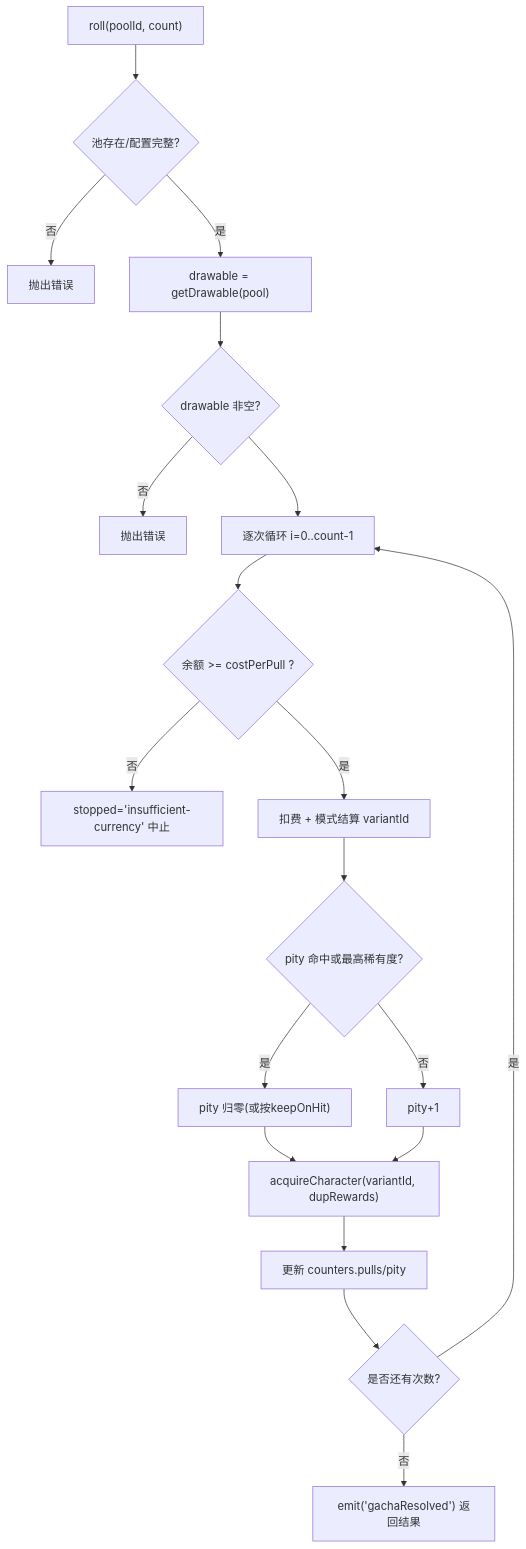
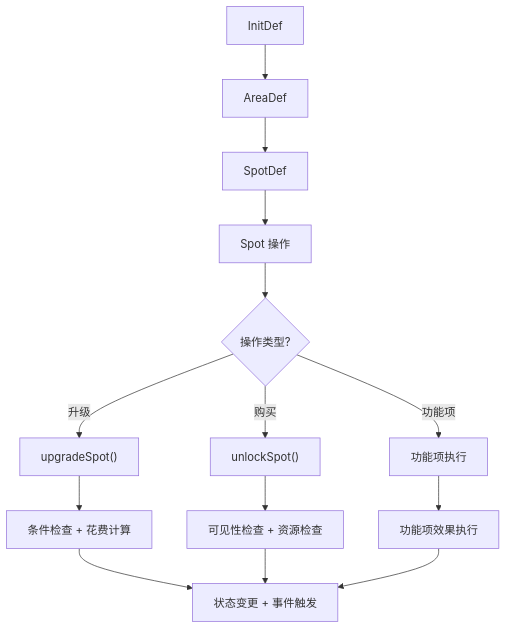
One commit to EsiLA9/Arona-Clicker changed the fifth of 6 diagrams in .qoder/repowiki/zh/content/游戏系统/游戏系统.md. Above: the diagram before and after it, drawn with Mermaid. The commit also changed other lines of this file and 45 other files, not shown here.

````diff
--- a/.qoder/repowiki/zh/content/游戏系统/游戏系统.md
+++ b/.qoder/repowiki/zh/content/游戏系统/游戏系统.md
@@ -261,21 +288,16 @@
 ```mermaid
 flowchart TD
-A["roll(poolId, count)"] --> B{"池存在/配置完整?"}
-B --> |否| E["抛出错误"]
-B --> |是| C["drawable = getDrawable(pool)"]
-C --> D{"drawable 非空?"}
-D --> |否| F["抛出错误"]
-D --> G["逐次循环 i=0..count-1"]
-G --> H{"余额 >= costPerPull ?"}
-H --> |否| I["stopped='insufficient-currency' 中止"]
-H --> |是| J["扣费 + 模式结算 variantId"]
-J --> K{"pity 命中或最高稀有度?"}
-K --> |是| L["pity 归零(或按keepOnHit)"]
-K --> |否| M["pity+1"]
-L --> N["acquireCharacter(variantId, dupRewards)"]
-M --> N
-N --> O["更新 counters.pulls/pity"]
-O --> P{"是否还有次数?"}
-P --> |是| G
-P --> |否| Q["emit('gachaResolved') 返回结果"]
+A["InitDef"] --> B["AreaDef"]
+B --> C["SpotDef"]
+C --> D["Spot 操作"]
+D --> E{"操作类型?"}
+E --> |升级| F["upgradeSpot()"]
+E --> |购买| G["unlockSpot()"]
+E --> |功能项| H["功能项执行"]
+F --> I["条件检查 + 花费计算"]
+G --> J["可见性检查 + 资源检查"]
+H --> K["功能项效果执行"]
+I --> L["状态变更 + 事件触发"]
+J --> L
+K --> L
 ```
````
